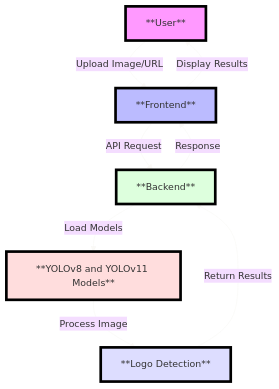
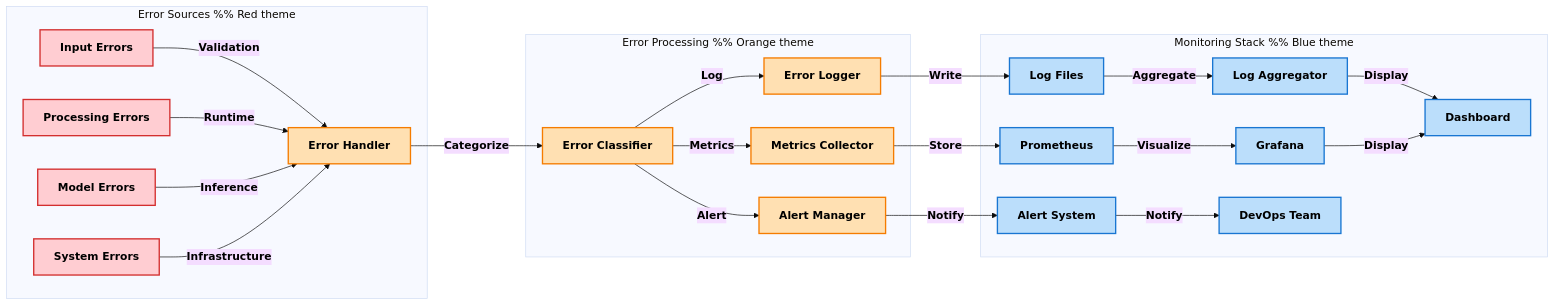
Before and after one commit to Dhruv0306/SymphonyProject1: the fourth of 5 diagrams in README.md, drawn with Mermaid. The commit also changed other lines of this file and 17 other files, not shown here.

````diff
--- a/README.md
+++ b/README.md
@@ -31,26 +202,48 @@
 ```mermaid
-%%{
-  init: {
-    'theme': 'base',
-    'themeVariables': {
-      'fontSize': '14px',
-      'fontFamily': 'Arial, sans-serif'
-    }
-  }
-}%%
-graph TD
-    A[**User**] -->|Upload Image/URL| B[**Frontend**]
-    B -->|API Request| C[**Backend**]
-    C -->|Load Models| D[**YOLOv8 and YOLOv11 Models**]
-    D -->|Process Image| E[**Logo Detection**]
-    E -->|Return Results| C
-    C -->|Response| B
-    B -->|Display Results| A
-    linkStyle default stroke-width: 3px
-    linkStyle default stroke: #FAF9F6
-    style A fill:#f9f,stroke:#000,stroke-width:4px,color:000
-    style B fill:#bbf,stroke:#000,stroke-width:4px,color:000
-    style C fill:#dfd,stroke:#000,stroke-width:4px,color:000
-    style D fill:#fdd,stroke:#000,stroke-width:4px,color:000
-    style E fill:#ddf,stroke:#000,stroke-width:4px,color:000
+%%{init: {'theme': 'base', 'themeVariables': { 'fontFamily': 'arial', 'fontSize': '16px'}}}%%
+graph LR
+    subgraph "Error Sources" %% Red theme
+        style A1 fill:#ffcdd2,stroke:#d32f2f,stroke-width:2px,color:#000000,font-weight:bold
+        style A2 fill:#ffcdd2,stroke:#d32f2f,stroke-width:2px,color:#000000,font-weight:bold
+        style A3 fill:#ffcdd2,stroke:#d32f2f,stroke-width:2px,color:#000000,font-weight:bold
+        style A4 fill:#ffcdd2,stroke:#d32f2f,stroke-width:2px,color:#000000,font-weight:bold
+        A1[Input Errors] -->|Validation| B[Error Handler]
+        A2[Processing Errors] -->|Runtime| B
+        A3[Model Errors] -->|Inference| B
+        A4[System Errors] -->|Infrastructure| B
+    end
+
+    subgraph "Error Processing" %% Orange theme
+        style B fill:#ffe0b2,stroke:#f57c00,stroke-width:2px,color:#000000,font-weight:bold
+        style C fill:#ffe0b2,stroke:#f57c00,stroke-width:2px,color:#000000,font-weight:bold
+        style D fill:#ffe0b2,stroke:#f57c00,stroke-width:2px,color:#000000,font-weight:bold
+        style E fill:#ffe0b2,stroke:#f57c00,stroke-width:2px,color:#000000,font-weight:bold
+        style F fill:#ffe0b2,stroke:#f57c00,stroke-width:2px,color:#000000,font-weight:bold
+        B -->|Categorize| C[Error Classifier]
+        C -->|Log| D[Error Logger]
+        C -->|Alert| E[Alert Manager]
+        C -->|Metrics| F[Metrics Collector]
+    end
+
+    subgraph "Monitoring Stack" %% Blue theme
+        style G fill:#bbdefb,stroke:#1976d2,stroke-width:2px,color:#000000,font-weight:bold
+        style H fill:#bbdefb,stroke:#1976d2,stroke-width:2px,color:#000000,font-weight:bold
+        style I fill:#bbdefb,stroke:#1976d2,stroke-width:2px,color:#000000,font-weight:bold
+        style J fill:#bbdefb,stroke:#1976d2,stroke-width:2px,color:#000000,font-weight:bold
+        style K fill:#bbdefb,stroke:#1976d2,stroke-width:2px,color:#000000,font-weight:bold
+        style L fill:#bbdefb,stroke:#1976d2,stroke-width:2px,color:#000000,font-weight:bold
+        style M fill:#bbdefb,stroke:#1976d2,stroke-width:2px,color:#000000,font-weight:bold
+        D -->|Write| G[Log Files]
+        E -->|Notify| H[Alert System]
+        F -->|Store| I[Prometheus]
+        
+        G -->|Aggregate| J[Log Aggregator]
+        I -->|Visualize| K[Grafana]
+        
+        J & K -->|Display| L[Dashboard]
+        H -->|Notify| M[DevOps Team]
+    end
+
+    %% Style all edge labels
+    linkStyle default color:#000000,font-weight:bold
 ```
````
